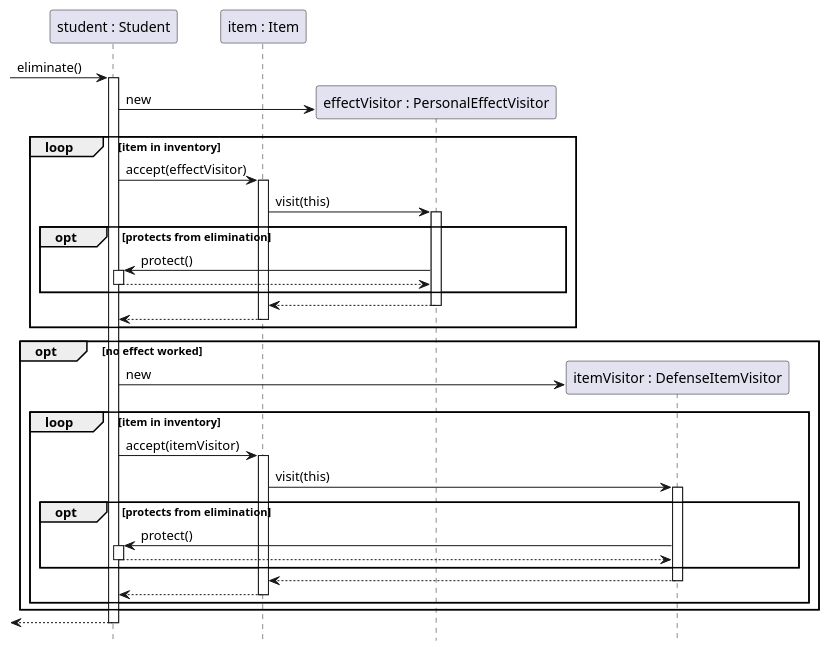
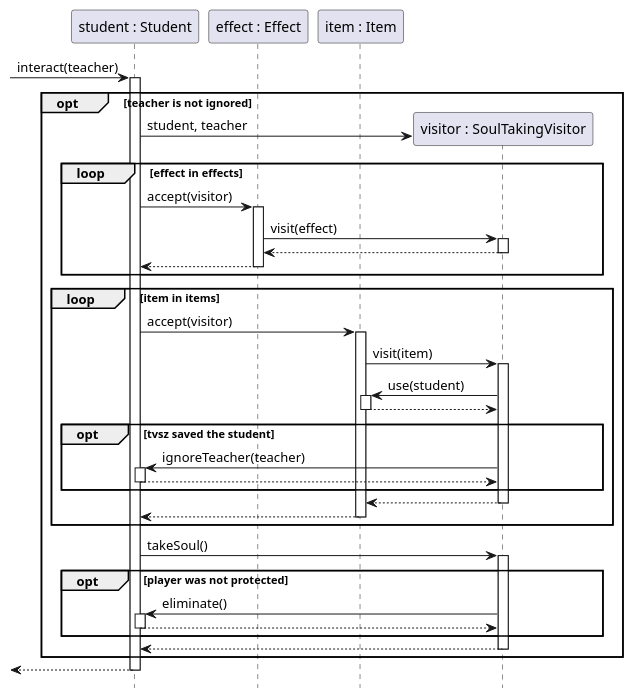
The diagram in docs/diagrams/sequence/soul-theft.puml (sn4k3ch4rm3r/logarlec), drawn with PlantUML before and after one commit. The commit also changed 6 other files, not shown here.

```diff
--- a/docs/diagrams/sequence/soul-theft.puml
+++ b/docs/diagrams/sequence/soul-theft.puml
@@ -1,39 +1,41 @@
 @startuml soul-theft
 
 hide footbox
 
 participant "student : Student" as s
+participant "effect : Effect" as e
 participant "item : Item" as i
 
-
-[-> s ++: eliminate()
-create "effectVisitor : PersonalEffectVisitor" as ev
-s -> ev : new 
-loop item in inventory
-	s -> i ++: accept(effectVisitor)
-	i -> ev ++: visit(this)
-	opt protects from elimination
-		ev -> s ++: protect()
-		s --> ev --
+[-> s ++ : interact(teacher)
+opt teacher is not ignored
+	create "visitor : SoulTakingVisitor" as v
+	s -> v : student, teacher
+	loop effect in effects
+		s -> e ++: accept(visitor)
+		e -> v ++: visit(effect)
+		v --> e --
+		e --> s --
 	end
-	ev --> i --
-	i --> s --
-end
-opt no effect worked
-	create "itemVisitor : DefenseItemVisitor" as iv
-	s -> iv : new
-	loop item in inventory
-		s -> i ++: accept(itemVisitor)
-		i -> iv ++: visit(this)
-		opt protects from elimination
-			iv -> s ++: protect()
-			s --> iv --
+	loop item in items
+		s -> i ++: accept(visitor)
+		i -> v ++: visit(item)
+		v -> i ++: use(student)
+		i --> v --
+		opt tvsz saved the student
+			v -> s ++ : ignoreTeacher(teacher)
+			s --> v --
 		end
-		iv --> i --
+		v --> i --
 		i --> s --
 	end
+
+	s -> v ++: takeSoul()
+	opt player was not protected
+	v -> s ++: eliminate()
+	s --> v --
+	end 
+	v --> s --
 end
-
 [<-- s --
 
 @enduml
```
